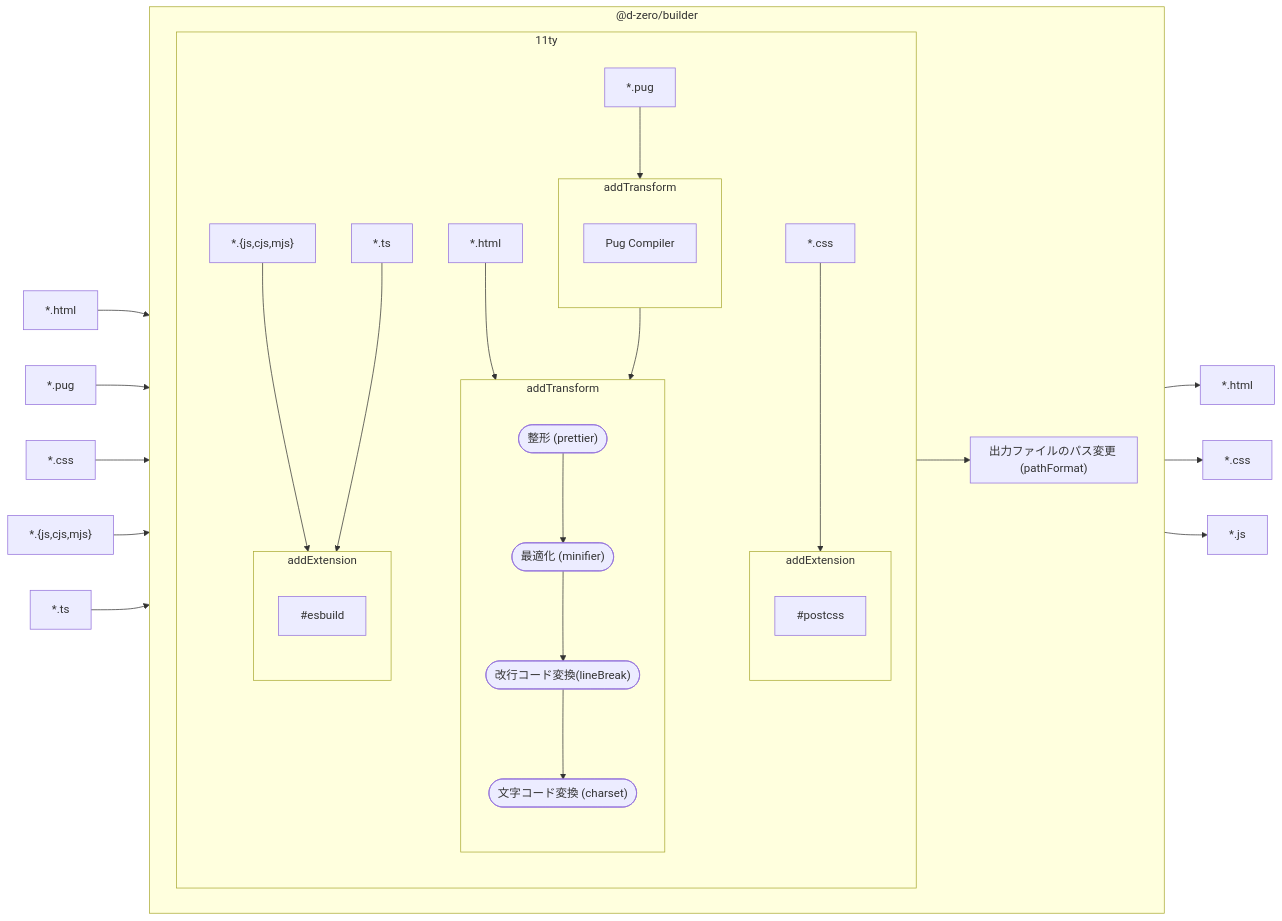
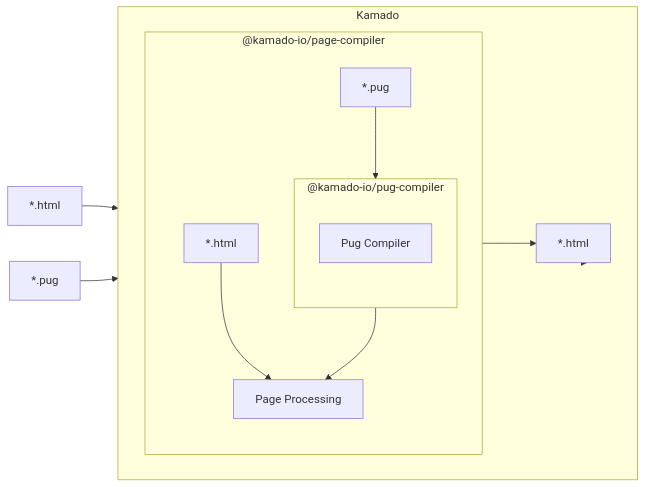
One commit to d-zero-dev/frontend-guidelines changed the diagram in src/html/builder.md. Above: the diagram before and after it, drawn with Mermaid. The commit also changed other lines of this file and 4 other files, not shown here.

````diff
--- a/src/html/builder.md
+++ b/src/html/builder.md
@@ -5,72 +5,32 @@
 ```mermaid
 flowchart LR
 	#inHTML["*.html"]
 	#inPug["*.pug"]
-	#inCSS["*.css"]
-	#inJS["*.{js,cjs,mjs}"]
-	#inTS["*.ts"]
 	#outHTML["*.html"]
-	#outCSS["*.css"]
-	#outJS["*.js"]
 
-	#inHTML --> #dzBuilder
-	#inPug --> #dzBuilder
-	#inCSS --> #dzBuilder
-	#inJS --> #dzBuilder
-	#inTS --> #dzBuilder
-	#dzBuilder --> #outHTML
-	#dzBuilder --> #outCSS
-	#dzBuilder --> #outJS
+	#inHTML --> #kamado
+	#inPug --> #kamado
+	#kamado --> #outHTML
 
-	subgraph #dzBuilder["@d-zero/builder"]
+	subgraph #kamado["Kamado"]
 		direction LR
 
-		subgraph #eleventy["11ty"]
+		subgraph #pageCompiler["@kamado-io/page-compiler"]
+			direction TB
+
 			#html["*.html"]
 			#pug["*.pug"]
-			#css["*.css"]
-			#js["*.{js,cjs,mjs}"]
-			#ts["*.ts"]
 
-			subgraph #transformPug["addTransform"]
+			subgraph #pugCompiler["@kamado-io/pug-compiler"]
 				direction TB
 
-				#pugCompiler["Pug Compiler"]
+				#pugCompile["Pug Compiler"]
 			end
 
-			subgraph #transformHTML["addTransform"]
-				direction TB
-
-				#prettier(["整形 (prettier)"])
-				#minifier(["最適化 (minifier)"])
-				#lineBreak(["改行コード変換(lineBreak)"])
-				#charset(["文字コード変換 (charset)"])
-
-				#prettier --> #minifier --> #lineBreak --> #charset
-			end
-
-			subgraph #transpileCSS["addExtension"]
-				direction TB
-
-				#postcss
-			end
-
-			subgraph #transpileJS["addExtension"]
-				direction TB
-
-				#esbuild
-			end
-
-			#html --> #transformHTML
-			#pug --> #transformPug --> #transformHTML
-			#css --> #transpileCSS
-			#js --> #transpileJS
-			#ts --> #transpileJS
+			#html --> #pageProcess["Page Processing"]
+			#pug --> #pugCompiler --> #pageProcess
 		end
 
-		subgraph #pathFormat["出力ファイルのパス変更 (pathFormat)"]
-		end
-
-		#eleventy --> #pathFormat
+		#pageCompiler --> #outHTML
 	end
 ```
````
